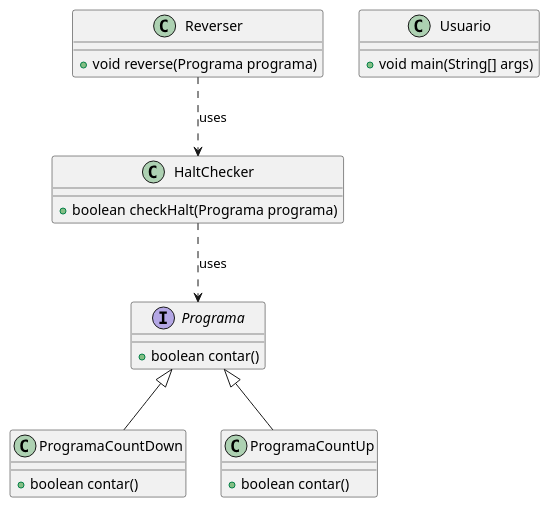
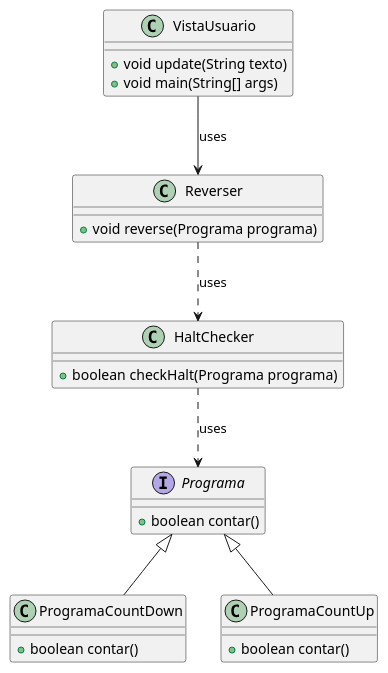
Before and after one commit to Samuu10/SamuelMunozVallejoExamenPatronesComportamiento: the diagram in src/main/UML.puml, drawn with PlantUML.

Commit message:
Actualización UML

```diff
--- a/src/main/UML.puml
+++ b/src/main/UML.puml
@@ -1,39 +1,41 @@
 @startuml
 
 ' Interfaz Programa
 interface Programa {
     + boolean contar()
 }
 
 ' Clase ProgramaCountDown que implementa la interfaz Programa
 class ProgramaCountDown {
     + boolean contar()
 }
 
 ' Clase ProgramaCountUp que implementa la interfaz Programa
 class ProgramaCountUp {
     + boolean contar()
 }
 
 ' Clase HaltChecker
 class HaltChecker {
     + boolean checkHalt(Programa programa)
 }
 
 ' Clase Reverser
 class Reverser {
     + void reverse(Programa programa)
 }
 
 ' Clase Usuario
-class Usuario {
-    + void main(String[] args)
+class VistaUsuario {
+        + void update(String texto)
+        + void main(String[] args)
 }
 
 ' Relaciones
 Programa <|-- ProgramaCountDown
 Programa <|-- ProgramaCountUp
 HaltChecker ..> Programa : uses
 Reverser ..> HaltChecker : uses
+VistaUsuario --> Reverser : uses
 
 @enduml
```
